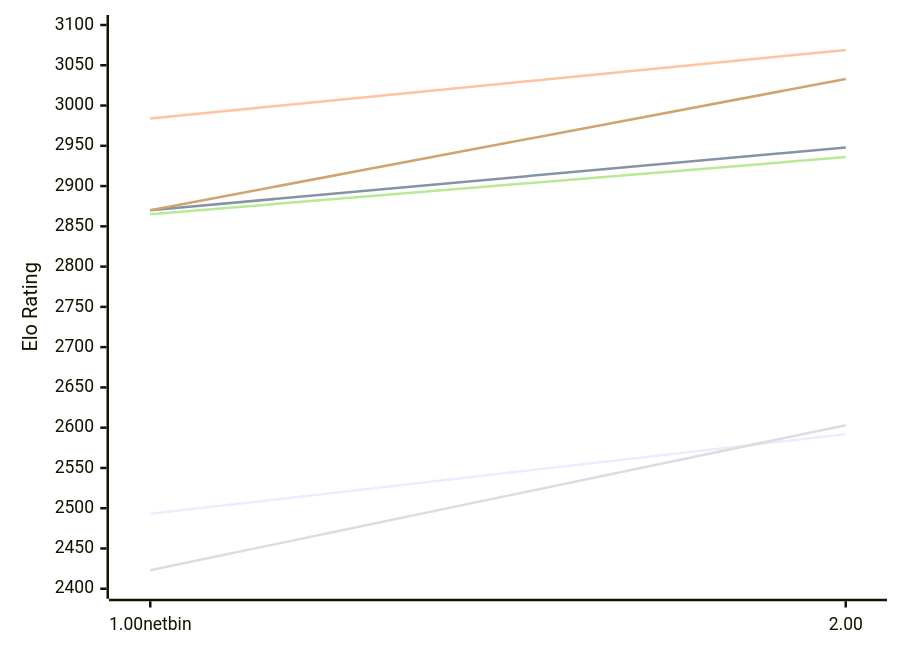
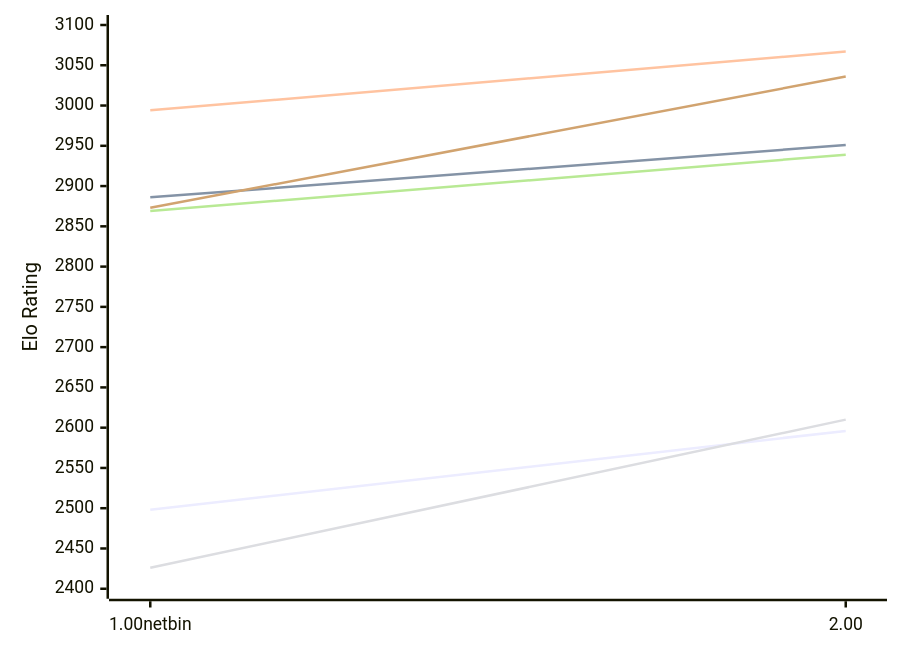
Before and after one commit to computer-chess-index/cci: the first of 2 diagrams in engines/Gilipol.md, drawn with Mermaid. The commit also changed other lines of this file, not shown here.

Commit message:
Update CCI Ratings (ELO VLTC) - 2026-11-24

````diff
--- a/engines/Gilipol.md
+++ b/engines/Gilipol.md
@@ -51,12 +51,12 @@
 ```mermaid
 %%{init: {"theme":"base","themeVariables":{"seriesColors:['#a3a3a3','#222221','#faa371']}}}%%
 xychart-beta
   x-axis ["1.00netbin", "2.00"]
   y-axis "Elo Rating" 2400 --> 3100
-  line "E1: STC (8.0+0.08s)" [2493, 2592]
-  line "E1: LTC (60.0+0.60s)" [2870, 2948]
-  line "E1: VLTC (2m24s+1.12s)" [2984, 3069]
-  line "P1: STC (8.0+0.08s)" [2423, 2603]
-  line "P1: LTC (60.0+0.60s)" [2865, 2936]
-  line "P1: VLTC (2m24s+1.12s)" [2870, 3033]
+  line "E1: STC (8.0+0.08s)" [2498, 2596]
+  line "E1: LTC (60.0+0.60s)" [2886, 2951]
+  line "E1: VLTC (2m24s+1.12s)" [2994, 3067]
+  line "P1: STC (8.0+0.08s)" [2426, 2610]
+  line "P1: LTC (60.0+0.60s)" [2869, 2939]
+  line "P1: VLTC (2m24s+1.12s)" [2873, 3036]
 ```
````
